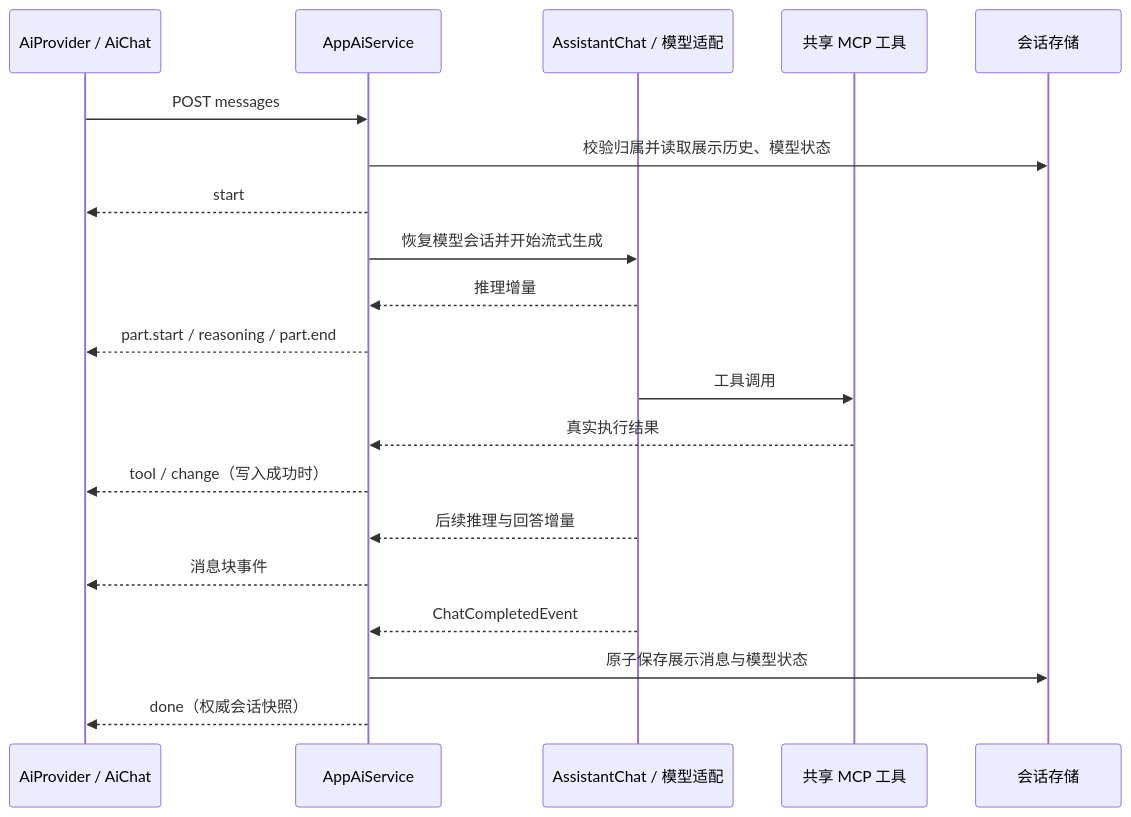
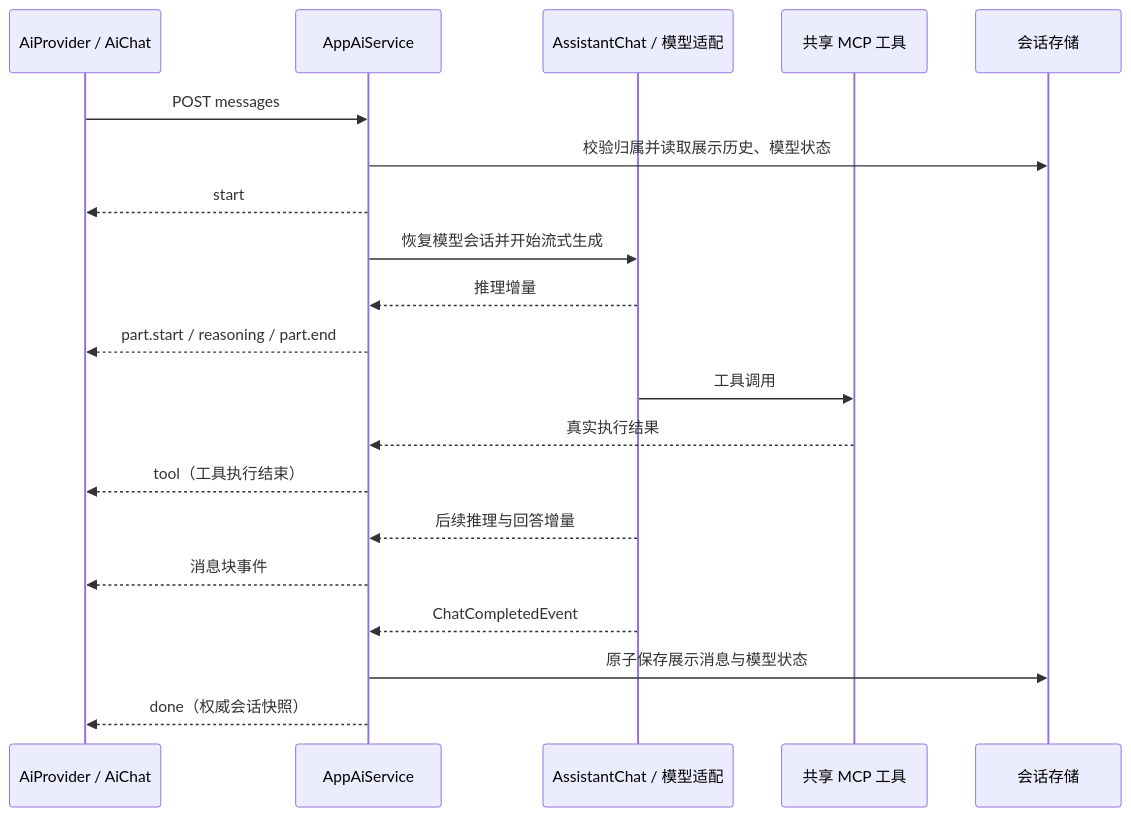
Before and after one commit to flexmodel-dev/flexmodel: the diagram in docs/plans/ai-reasoning-display.md, drawn with Mermaid. The commit also changed other lines of this file and 11 other files, not shown here.

````diff
--- a/docs/plans/ai-reasoning-display.md
+++ b/docs/plans/ai-reasoning-display.md
@@ -73,22 +73,22 @@
 ```mermaid
 sequenceDiagram
   participant UI as AiProvider / AiChat
   participant S as AppAiService
   participant M as AssistantChat / 模型适配
   participant T as 共享 MCP 工具
   participant DB as 会话存储
   UI ->> S: POST messages
   S ->> DB: 校验归属并读取展示历史、模型状态
   S -->> UI: start
   S ->> M: 恢复模型会话并开始流式生成
   M -->> S: 推理增量
   S -->> UI: part.start / reasoning / part.end
   M ->> T: 工具调用
   T -->> S: 真实执行结果
-  S -->> UI: tool / change（写入成功时）
+  S -->> UI: tool（工具执行结束）
   M -->> S: 后续推理与回答增量
   S -->> UI: 消息块事件
   M -->> S: ChatCompletedEvent
   S ->> DB: 原子保存展示消息与模型状态
   S -->> UI: done（权威会话快照）
 ```
````
